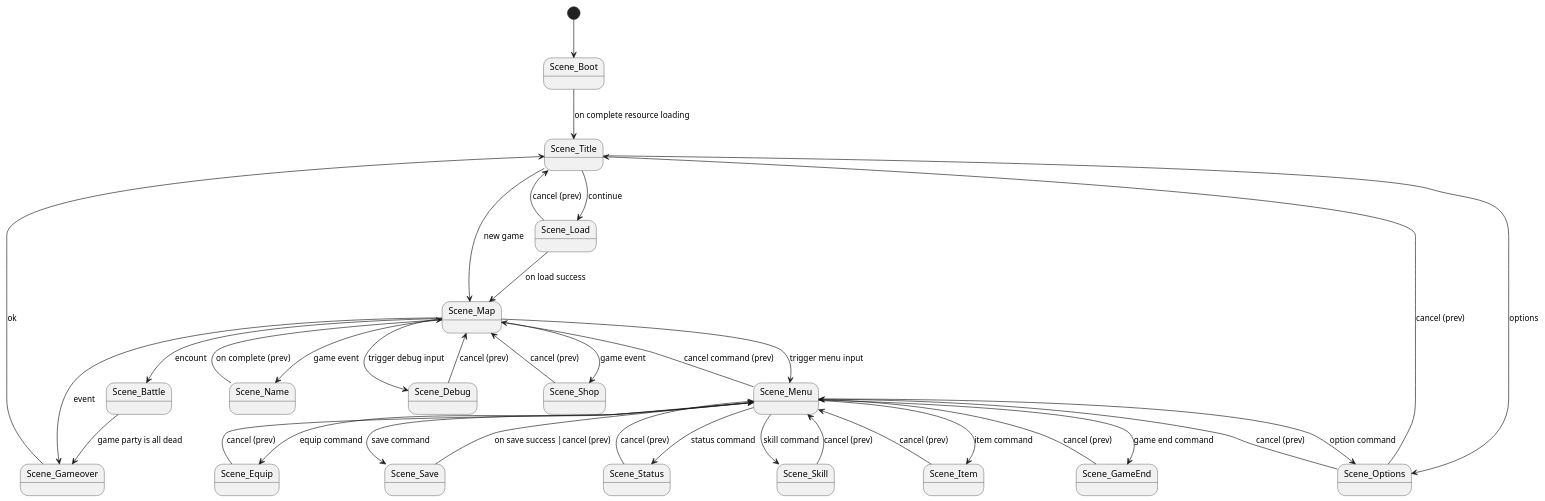
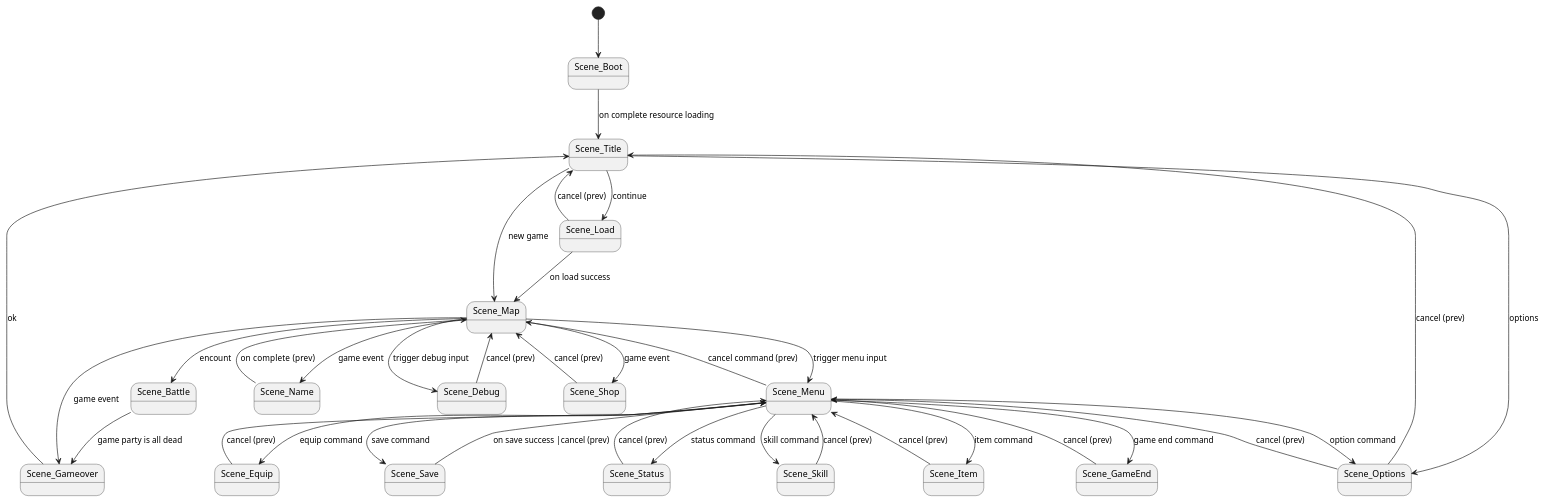
One commit to jamesdean070/rmmv_runtime_reading changed the diagram in scene/scene_transition_diagram.puml. Above: the diagram before and after it, drawn with PlantUML. The commit also changed 2 other files, not shown here.

```diff
--- a/scene/scene_transition_diagram.puml
+++ b/scene/scene_transition_diagram.puml
@@ -1,45 +1,45 @@
 @startuml
 [*] --> Scene_Boot
 
 Scene_Boot --> Scene_Title : on complete resource loading
 
 Scene_Title --> Scene_Map : new game
 Scene_Title --> Scene_Load : continue
 Scene_Title --> Scene_Options : options
 
 Scene_Load --> Scene_Title : cancel (prev)
 Scene_Options --> Scene_Title : cancel (prev)
 
 Scene_Load --> Scene_Map : on load success
 
 Scene_Map --> Scene_Menu : trigger menu input
 Scene_Map --> Scene_Battle : encount
 Scene_Map --> Scene_Debug : trigger debug input
 Scene_Map --> Scene_Name : game event
 Scene_Map --> Scene_Shop : game event
 
 Scene_Name --> Scene_Map : on complete  (prev)
 Scene_Debug --> Scene_Map : cancel (prev)
 Scene_Shop --> Scene_Map : cancel (prev)
 
 Scene_Menu --> Scene_Item :  item command
 Scene_Menu --> Scene_Options :  option command
 Scene_Menu --> Scene_Save :  save command
 Scene_Menu --> Scene_GameEnd :  game end command
 Scene_Menu --> Scene_Skill :  skill command
 Scene_Menu --> Scene_Equip :  equip command
 Scene_Menu --> Scene_Status :  status command
 Scene_Menu --> Scene_Map :  cancel command (prev)
 
 Scene_Item --> Scene_Menu :  cancel (prev)
 Scene_Options --> Scene_Menu :  cancel (prev)
 Scene_Save --> Scene_Menu :  on save success |cancel (prev)
 Scene_GameEnd --> Scene_Menu :  cancel (prev)
 Scene_Skill --> Scene_Menu :  cancel (prev)
 Scene_Equip --> Scene_Menu :  cancel (prev)
 Scene_Status --> Scene_Menu : cancel (prev)
 
 Scene_Gameover --> Scene_Title : ok
 Scene_Battle --> Scene_Gameover : game party is all dead
-Scene_Map --> Scene_Gameover : event
+Scene_Map --> Scene_Gameover : game event
 @enduml
```
